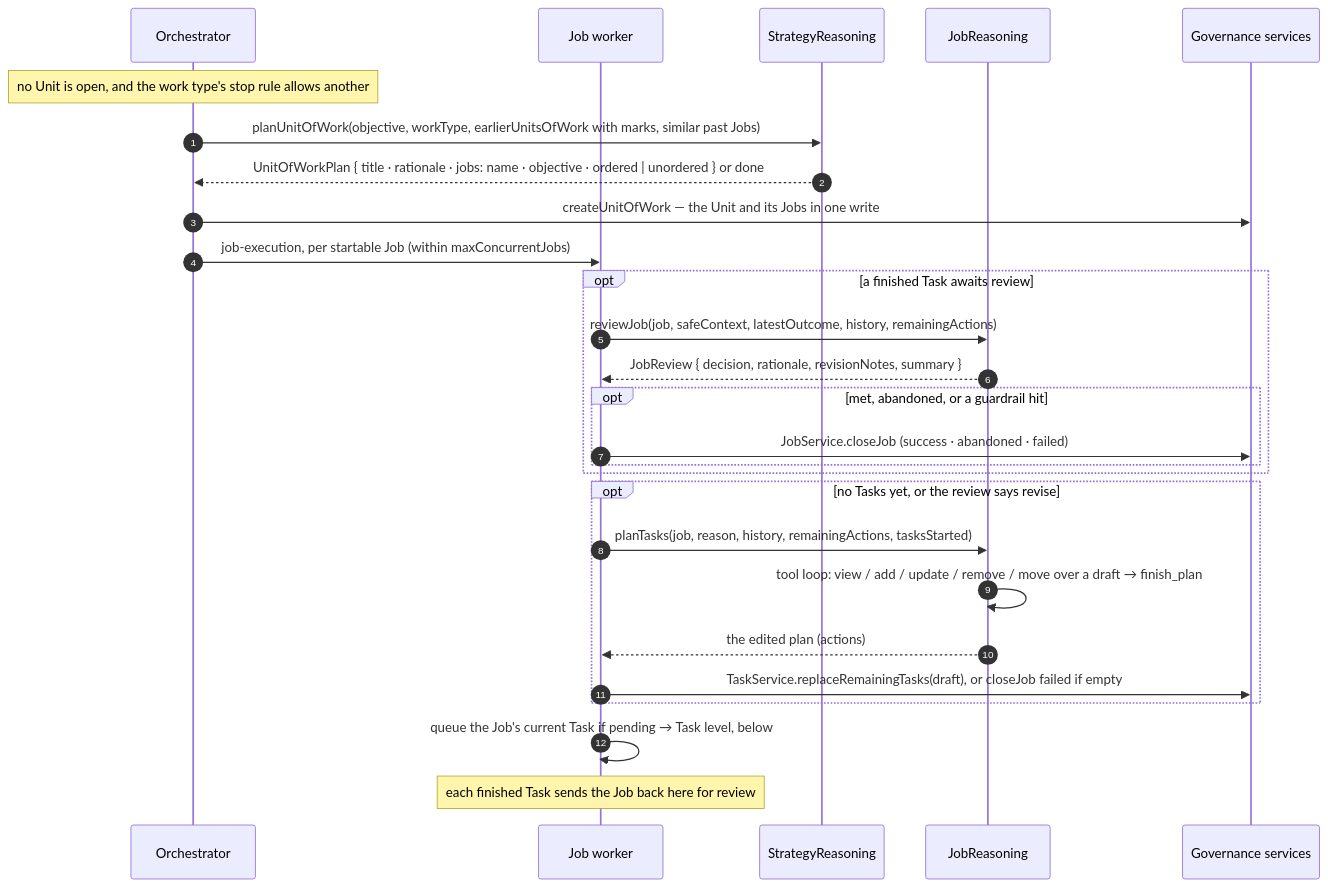
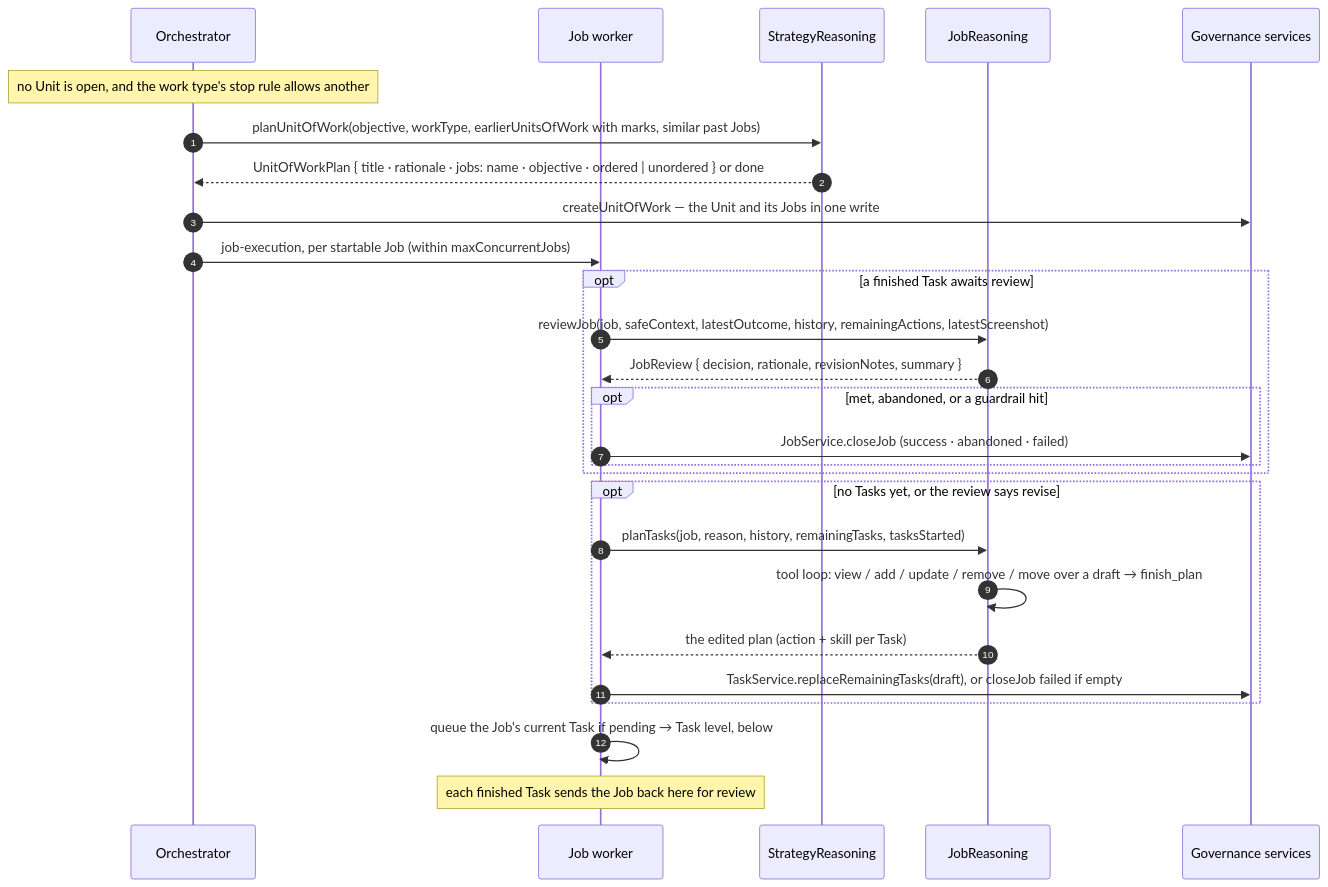
The second of 5 diagrams in packages/backend/src/reasoning/tech-spec.md (BaraaSoft/agentcores), drawn with Mermaid before and after one commit. The commit also changed other lines of this file and 60 other files, not shown here.

First line of the commit message:
Add screenshot handling and task skill types to governance

````diff
--- a/packages/backend/src/reasoning/tech-spec.md
+++ b/packages/backend/src/reasoning/tech-spec.md
@@ -101,30 +103,30 @@
 ```mermaid
 sequenceDiagram
     autonumber
     participant O as Orchestrator
     participant JW as Job worker
     participant S as StrategyReasoning
     participant J as JobReasoning
     participant DB as Governance services
 
     Note over O: no Unit is open, and the work type's stop rule allows another
     O->>S: planUnitOfWork(objective, workType, earlierUnitsOfWork with marks, similar past Jobs)
     S-->>O: UnitOfWorkPlan { title · rationale · jobs: name · objective · ordered | unordered } or done
     O->>DB: createUnitOfWork — the Unit and its Jobs in one write
     O->>JW: job-execution, per startable Job (within maxConcurrentJobs)
     opt a finished Task awaits review
-        JW->>J: reviewJob(job, safeContext, latestOutcome, history, remainingActions)
+        JW->>J: reviewJob(job, safeContext, latestOutcome, history, remainingActions, latestScreenshot)
         J-->>JW: JobReview { decision, rationale, revisionNotes, summary }
         opt met, abandoned, or a guardrail hit
             JW->>DB: JobService.closeJob (success · abandoned · failed)
         end
     end
     opt no Tasks yet, or the review says revise
-        JW->>J: planTasks(job, reason, history, remainingActions, tasksStarted)
+        JW->>J: planTasks(job, reason, history, remainingTasks, tasksStarted)
         J->>J: tool loop: view / add / update / remove / move over a draft → finish_plan
-        J-->>JW: the edited plan (actions)
+        J-->>JW: the edited plan (action + skill per Task)
         JW->>DB: TaskService.replaceRemainingTasks(draft), or closeJob failed if empty
     end
     JW->>JW: queue the Job's current Task if pending → Task level, below
     Note over JW: each finished Task sends the Job back here for review
 ```
````
